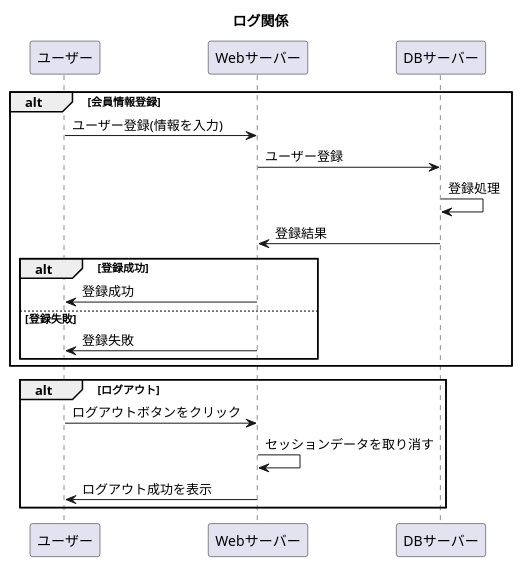
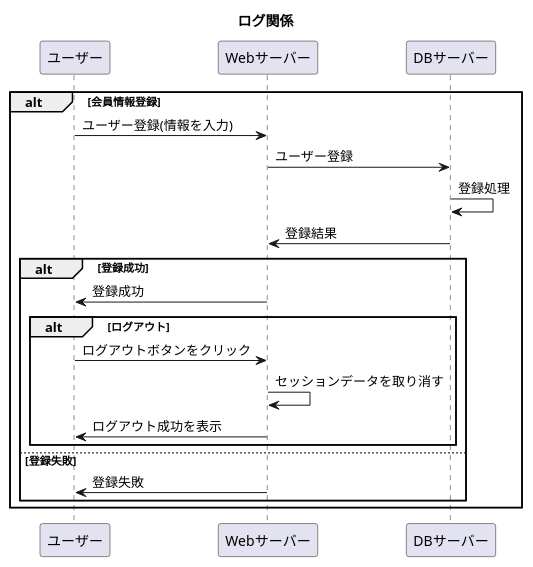
One commit to Aso2001227/Aso-Sports-1 changed the diagram in 設計書/02_業務フロー/Log-flow.md. Above: the diagram before and after it, drawn with PlantUML.

````diff
--- a/設計書/02_業務フロー/Log-flow.md
+++ b/設計書/02_業務フロー/Log-flow.md
@@ -1,21 +1,21 @@
 ```uml
 @startuml
 title: ログ関係
 alt 会員情報登録
   ユーザー -> Webサーバー : ユーザー登録(情報を入力)
   Webサーバー -> DBサーバー : ユーザー登録
   DBサーバー -> DBサーバー : 登録処理
   DBサーバー -> Webサーバー : 登録結果
   alt 登録成功
     Webサーバー -> ユーザー : 登録成功
+    alt ログアウト
+      ユーザー ->Webサーバー :ログアウトボタンをクリック
+      Webサーバー -> Webサーバー :セッションデータを取り消す
+      Webサーバー -> ユーザー :ログアウト成功を表示
+     end
     else 登録失敗
     Webサーバー -> ユーザー : 登録失敗
   end
  end
-alt ログアウト
-ユーザー ->Webサーバー :ログアウトボタンをクリック
-Webサーバー -> Webサーバー :セッションデータを取り消す
-Webサーバー -> ユーザー :ログアウト成功を表示
-end
 @enduml
 ```
````
